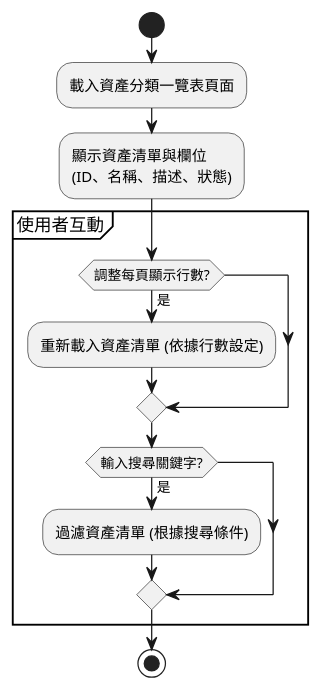
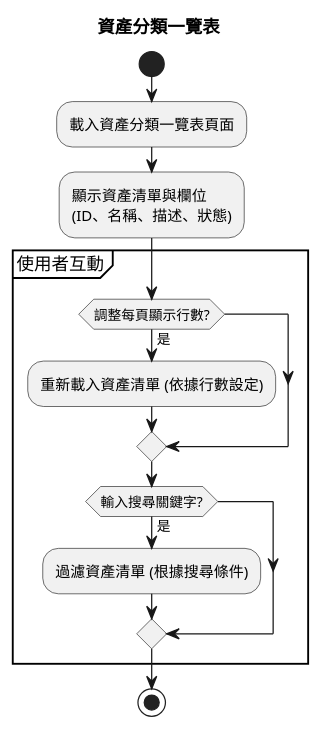
Before and after one commit to walle45611/NTUB_SecuManag_Diagram: the diagram in plantUML/activity/asset_ccategory_overview.puml, drawn with PlantUML. The commit also changed 4 other files, not shown here.

```diff
--- a/plantUML/activity/asset_ccategory_overview.puml
+++ b/plantUML/activity/asset_ccategory_overview.puml
@@ -1,22 +1,22 @@
 @startuml asset_overview_activity
-
+title 資產分類一覽表
 start
 
 :載入資產分類一覽表頁面;
 
 :顯示資產清單與欄位
 (ID、名稱、描述、狀態);
 
 partition "使用者互動" {
     if (調整每頁顯示行數?) then (是)
         :重新載入資產清單 (依據行數設定);
     endif
 
     if (輸入搜尋關鍵字?) then (是)
         :過濾資產清單 (根據搜尋條件);
     endif
 }
 
 stop
 
 @enduml
```
